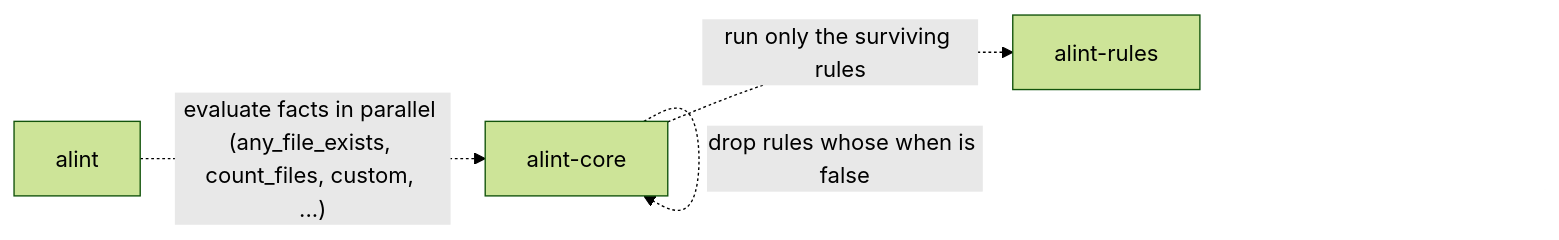
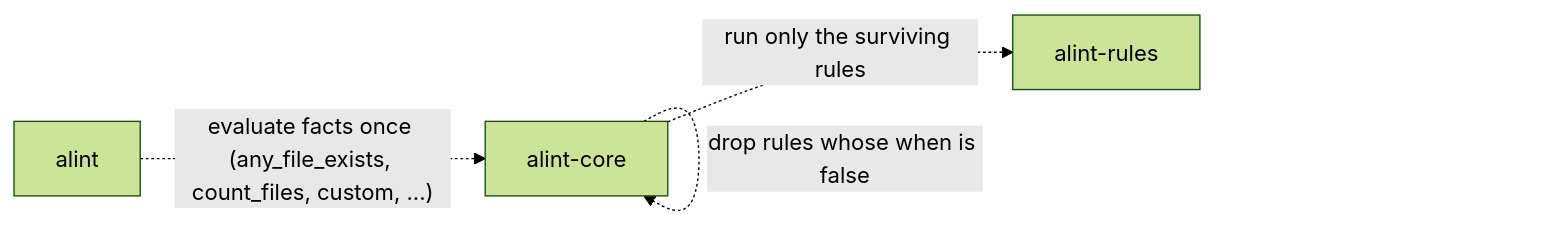
Before and after one commit to asamarts/alint: diagram 11 of 27 in docs/design/architecture/DIAGRAMS.md, drawn with Mermaid (forest theme). The commit also changed other lines of this file and 8 other files, not shown here.

````diff
--- a/docs/design/architecture/DIAGRAMS.md
+++ b/docs/design/architecture/DIAGRAMS.md
@@ -289,14 +289,13 @@
 ```mermaid
 graph LR
   AlintCliAlintBin["alint"]
   AlintCliCore["alint-core"]
   AlintCliRules["alint-rules"]
-  AlintCliAlintBin -. "`evaluate facts in parallel 
-(any_file_exists, count_files, custom, 
-...)`" .-> AlintCliCore
+  AlintCliAlintBin -. "`evaluate facts once (any_file_exists, 
+count_files, custom, ...)`" .-> AlintCliCore
   AlintCliCore -. "`cache fact values keyed on input hashes`" .-> AlintCliCore
   AlintCliCore -. "`evaluate each rule when: clause over 
 facts / vars / ctx`" .-> AlintCliCore
   AlintCliCore -. "`drop rules whose when is false`" .-> AlintCliCore
   AlintCliCore -. "`run only the surviving rules`" .-> AlintCliRules
 ```
````
